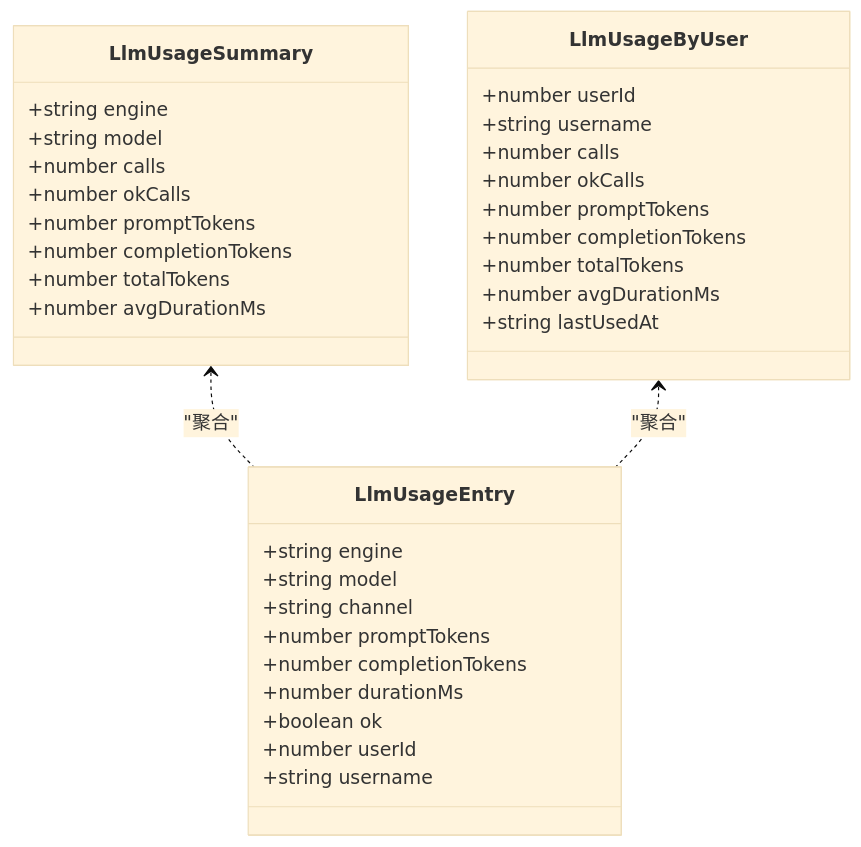
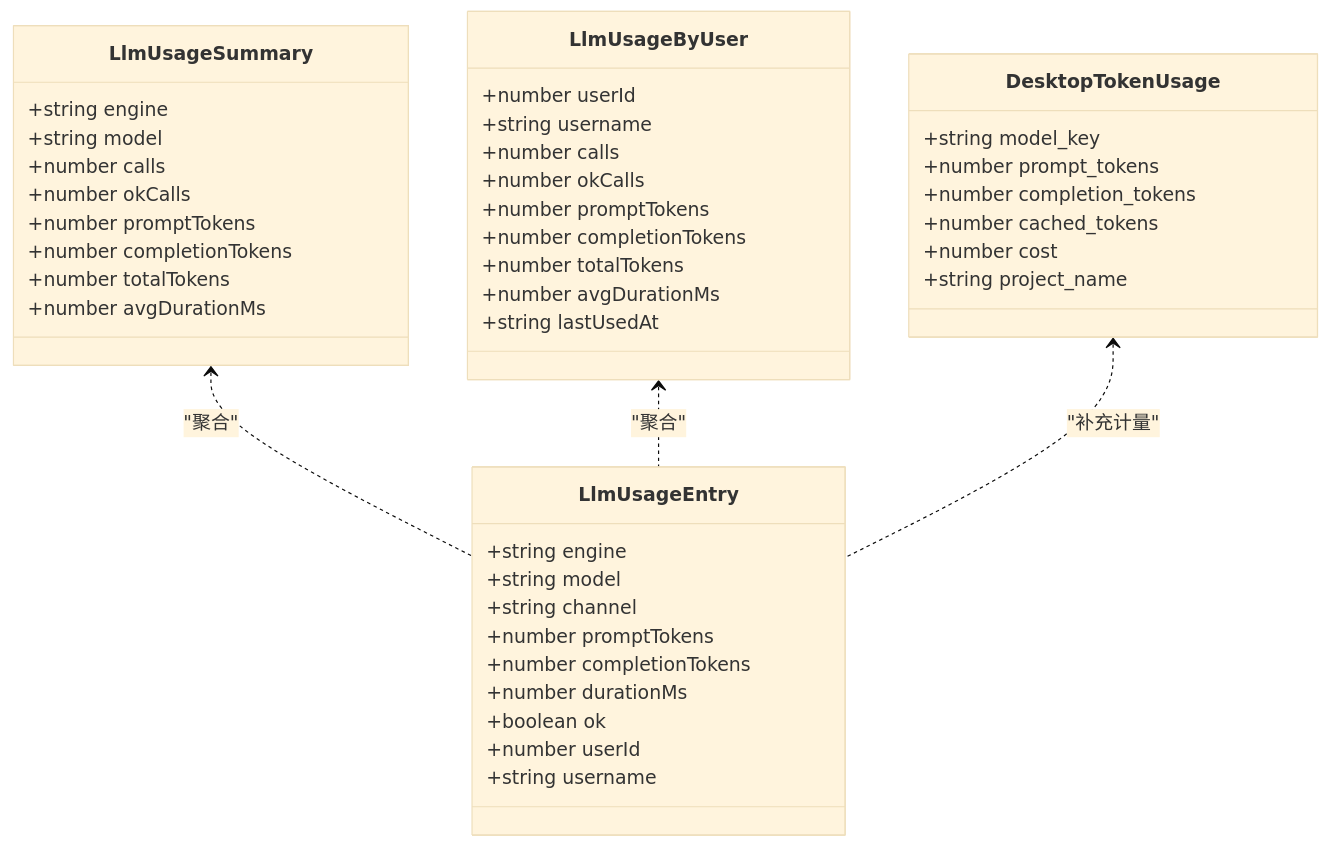
The fourth of 8 diagrams in .qoder/repowiki/zh/content/AI与LLM集成/性能监控与成本优化.md (dgjin/smart-data-analytics), drawn with Mermaid (base theme) before and after one commit. The commit also changed other lines of this file and 146 other files, not shown here.

````diff
--- a/.qoder/repowiki/zh/content/AI与LLM集成/性能监控与成本优化.md
+++ b/.qoder/repowiki/zh/content/AI与LLM集成/性能监控与成本优化.md
@@ -162,37 +200,46 @@
 ```mermaid
 classDiagram
 class LlmUsageEntry {
 +string engine
 +string model
 +string channel
 +number promptTokens
 +number completionTokens
 +number durationMs
 +boolean ok
 +number userId
 +string username
 }
 class LlmUsageSummary {
 +string engine
 +string model
 +number calls
 +number okCalls
 +number promptTokens
 +number completionTokens
 +number totalTokens
 +number avgDurationMs
 }
 class LlmUsageByUser {
 +number userId
 +string username
 +number calls
 +number okCalls
 +number promptTokens
 +number completionTokens
 +number totalTokens
 +number avgDurationMs
 +string lastUsedAt
 }
+class DesktopTokenUsage {
++string model_key
++number prompt_tokens
++number completion_tokens
++number cached_tokens
++number cost
++string project_name
+}
 LlmUsageSummary <.. LlmUsageEntry : "聚合"
 LlmUsageByUser <.. LlmUsageEntry : "聚合"
+DesktopTokenUsage <.. LlmUsageEntry : "补充计量"
 ```
````
